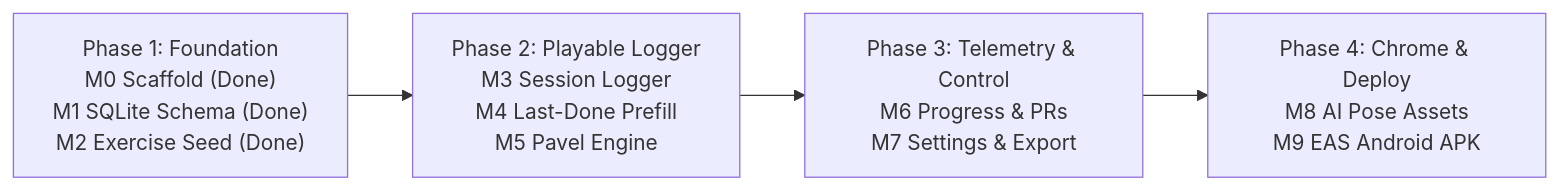
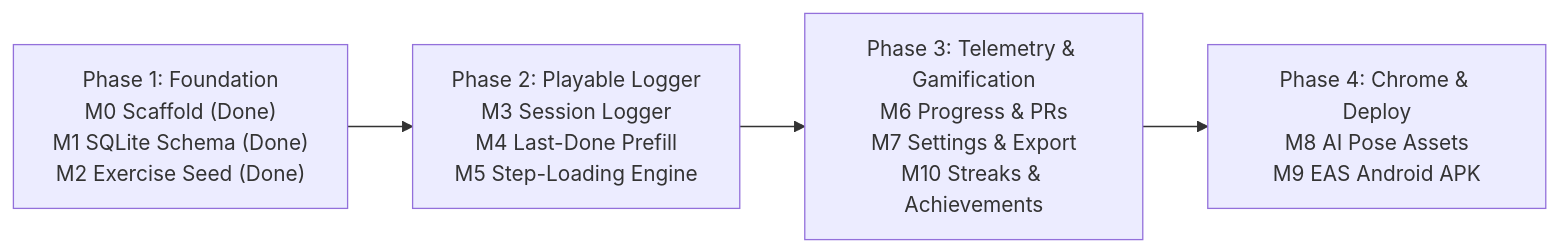
The diagram in docs/index.md (ccmueller355/shadowtrain), drawn with Mermaid before and after one commit. The commit also changed other lines of this file and 7 other files, not shown here.

Commit message:
docs(spec): neutralize step-loading terminology and add M10 streaks & achievements plan

````diff
--- a/docs/index.md
+++ b/docs/index.md
@@ -45,6 +45,6 @@
 ```mermaid
 flowchart LR
-  P1["Phase 1: Foundation\nM0 Scaffold (Done)\nM1 SQLite Schema (Done)\nM2 Exercise Seed (Done)"] --> P2["Phase 2: Playable Logger\nM3 Session Logger\nM4 Last-Done Prefill\nM5 Pavel Engine"]
-  P2 --> P3["Phase 3: Telemetry & Control\nM6 Progress & PRs\nM7 Settings & Export"]
+  P1["Phase 1: Foundation\nM0 Scaffold (Done)\nM1 SQLite Schema (Done)\nM2 Exercise Seed (Done)"] --> P2["Phase 2: Playable Logger\nM3 Session Logger\nM4 Last-Done Prefill\nM5 Step-Loading Engine"]
+  P2 --> P3["Phase 3: Telemetry & Gamification\nM6 Progress & PRs\nM7 Settings & Export\nM10 Streaks & Achievements"]
   P3 --> P4["Phase 4: Chrome & Deploy\nM8 AI Pose Assets\nM9 EAS Android APK"]
 ```
````
